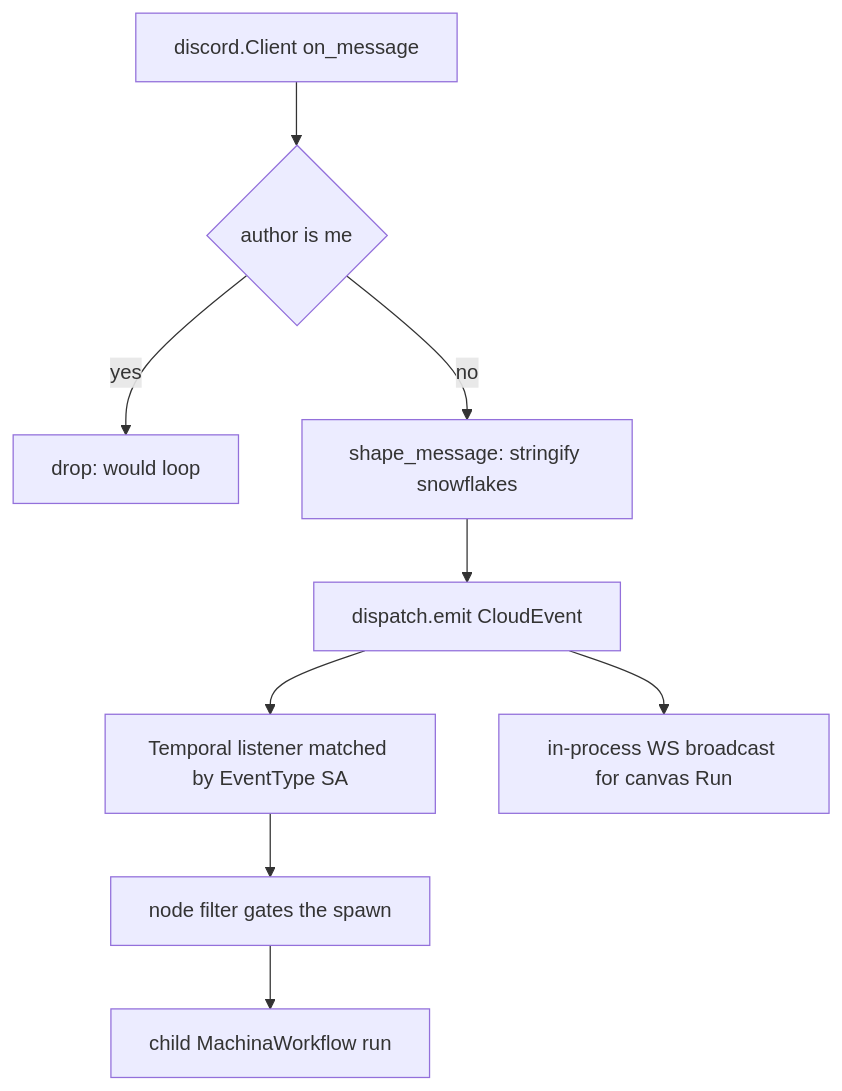
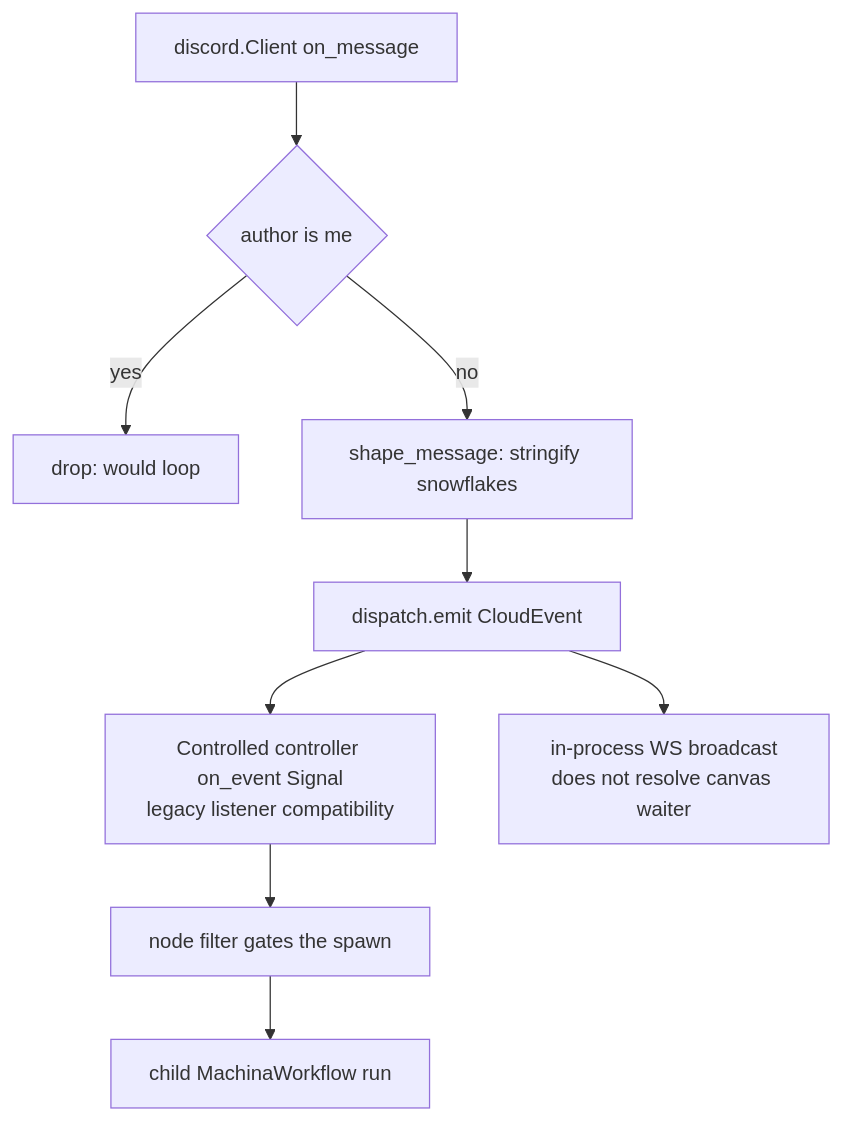
One commit to Addval-Connect/OpenCompany changed the diagram in docs-internal/node-logic-flows/discord/discordReceive.md. Above: the diagram before and after it, drawn with Mermaid. The commit also changed other lines of this file and 126 other files, not shown here.

````diff
--- a/docs-internal/node-logic-flows/discord/discordReceive.md
+++ b/docs-internal/node-logic-flows/discord/discordReceive.md
@@ -63,11 +67,11 @@
 ```mermaid
 flowchart TD
   A[discord.Client on_message] --> B{author is me}
   B -- yes --> Z[drop: would loop]
   B -- no --> C[shape_message: stringify snowflakes]
   C --> D[dispatch.emit CloudEvent]
-  D --> E[Temporal listener matched by EventType SA]
+  D --> E[Controlled controller on_event Signal<br/>legacy listener compatibility]
   E --> F[node filter gates the spawn]
   F --> G[child MachinaWorkflow run]
-  D --> H[in-process WS broadcast for canvas Run]
+  D --> H[in-process WS broadcast<br/>does not resolve canvas waiter]
 ```
````
